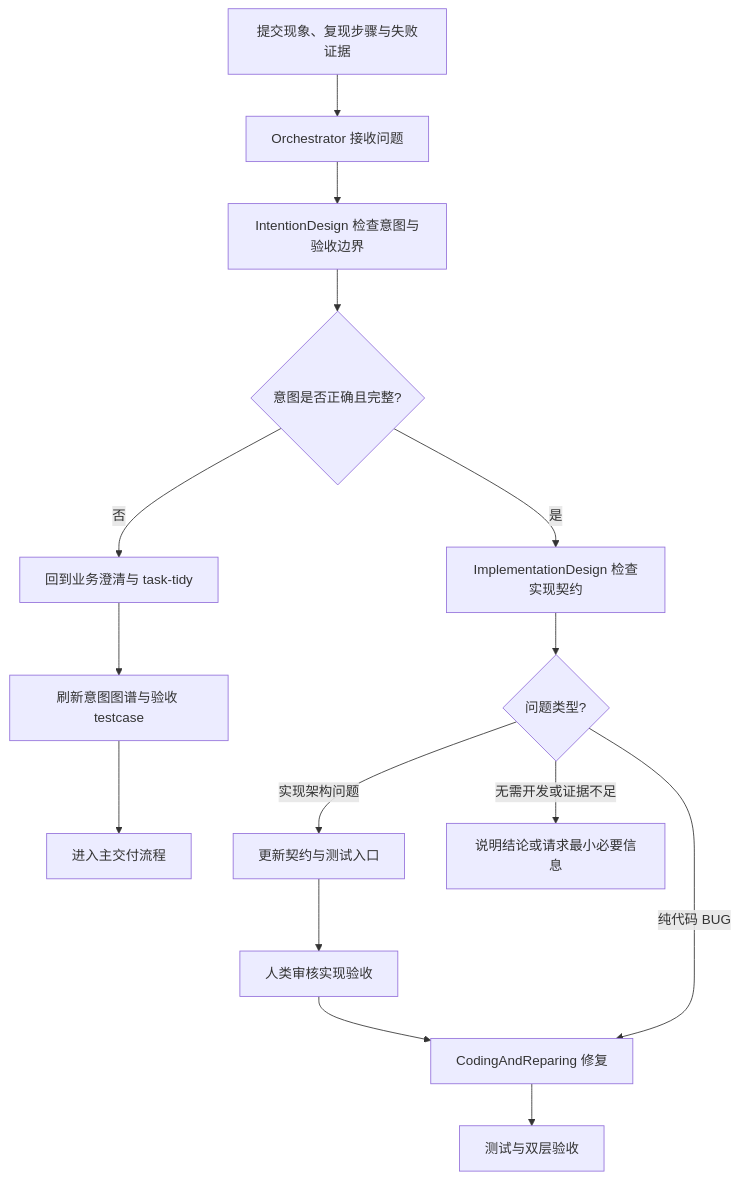
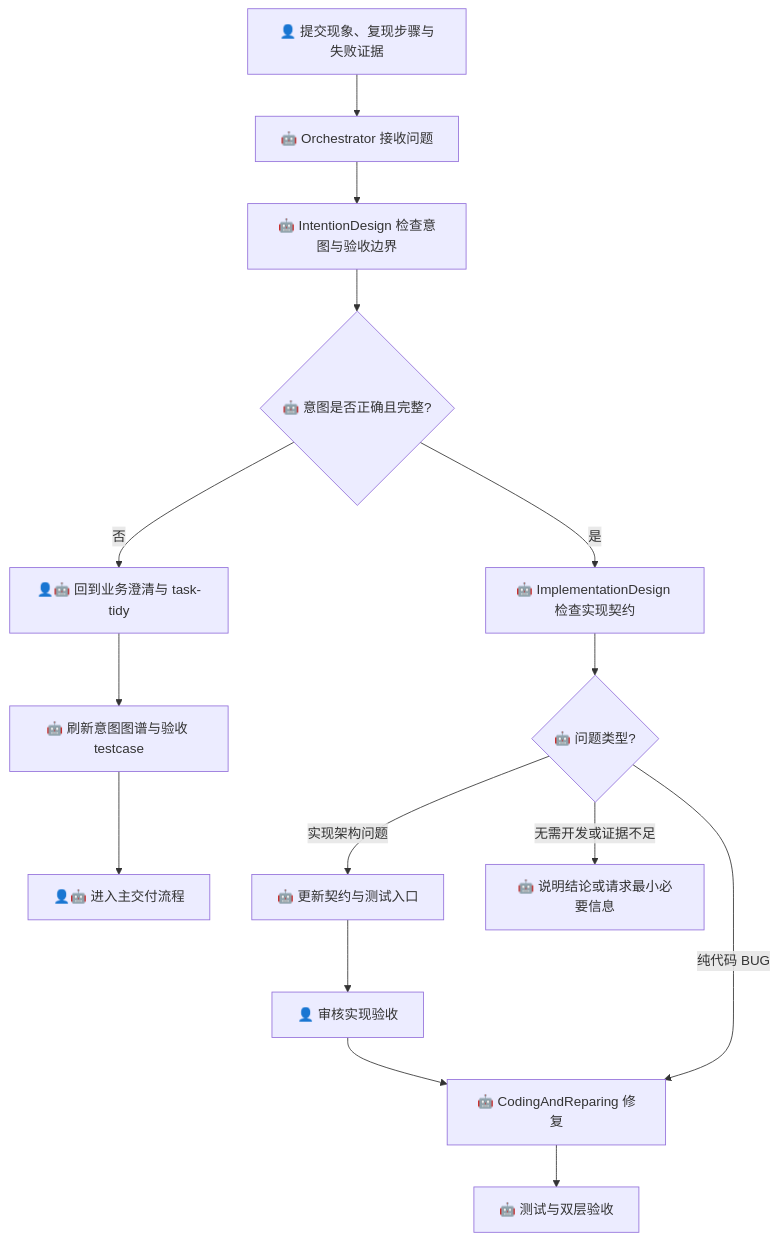
One commit to derekhu0002/Argo changed the second of 11 diagrams in design/argo-harness/usage-scenarios/README.md. Above: the diagram before and after it, drawn with Mermaid. The commit also changed other lines of this file, not shown here.

````diff
--- a/design/argo-harness/usage-scenarios/README.md
+++ b/design/argo-harness/usage-scenarios/README.md
@@ -42,17 +45,17 @@
 ```mermaid
 flowchart TD
-    A[提交现象、复现步骤与失败证据] --> B[Orchestrator 接收问题]
-    B --> C[IntentionDesign 检查意图与验收边界]
-    C --> D{意图是否正确且完整?}
-    D -- 否 --> E[回到业务澄清与 task-tidy]
-    E --> F[刷新意图图谱与验收 testcase]
-    F --> G[进入主交付流程]
-    D -- 是 --> H[ImplementationDesign 检查实现契约]
-    H --> I{问题类型?}
-    I -- 实现架构问题 --> J[更新契约与测试入口]
-    J --> K[人类审核实现验收]
-    K --> L[CodingAndReparing 修复]
+    A[👤 提交现象、复现步骤与失败证据] --> B[🤖 Orchestrator 接收问题]
+    B --> C[🤖 IntentionDesign 检查意图与验收边界]
+    C --> D{🤖 意图是否正确且完整?}
+    D -- 否 --> E[👤🤖 回到业务澄清与 task-tidy]
+    E --> F[🤖 刷新意图图谱与验收 testcase]
+    F --> G[👤🤖 进入主交付流程]
+    D -- 是 --> H[🤖 ImplementationDesign 检查实现契约]
+    H --> I{🤖 问题类型?}
+    I -- 实现架构问题 --> J[🤖 更新契约与测试入口]
+    J --> K[👤 审核实现验收]
+    K --> L[🤖 CodingAndReparing 修复]
     I -- 纯代码 BUG --> L
-    I -- 无需开发或证据不足 --> N[说明结论或请求最小必要信息]
-    L --> O[测试与双层验收]
+    I -- 无需开发或证据不足 --> N[🤖 说明结论或请求最小必要信息]
+    L --> O[🤖 测试与双层验收]
 ```
````
